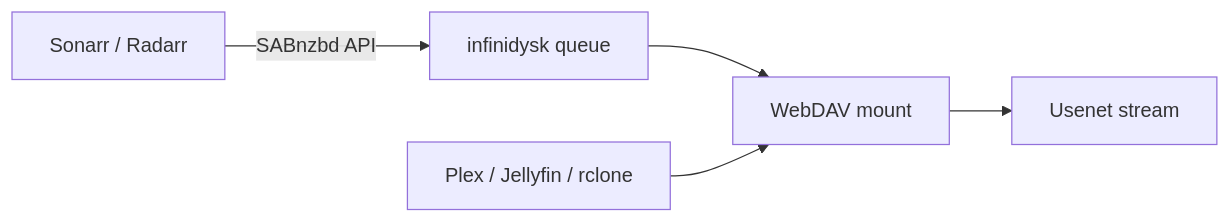
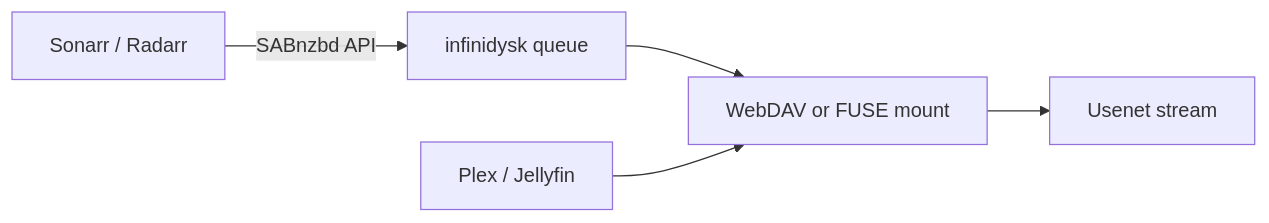
The diagram in src/content/docs/index.mdx (infinidysk/docs), drawn with Mermaid before and after one commit. The commit also changed other lines of this file, not shown here.

````diff
--- a/src/content/docs/index.mdx
+++ b/src/content/docs/index.mdx
@@ -37,7 +28,7 @@
 ```mermaid
 flowchart LR
   Arr["Sonarr / Radarr"] -->|SABnzbd API| Queue[infinidysk queue]
-  Queue --> Mount[WebDAV mount]
+  Queue --> Mount[WebDAV or FUSE mount]
   Mount --> Stream[Usenet stream]
-  Player["Plex / Jellyfin / rclone"] --> Mount
+  Player["Plex / Jellyfin"] --> Mount
 ```
````
